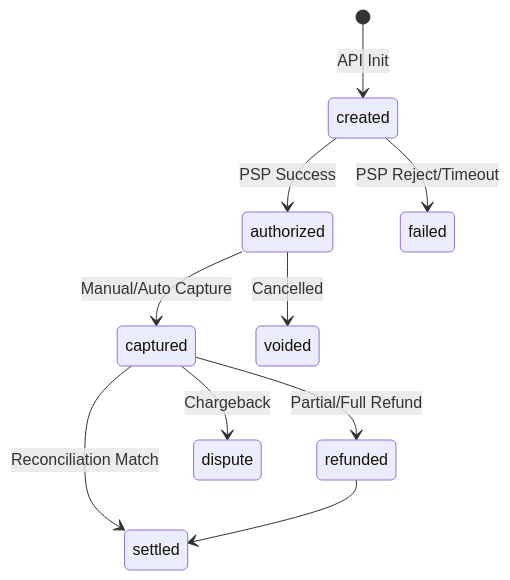
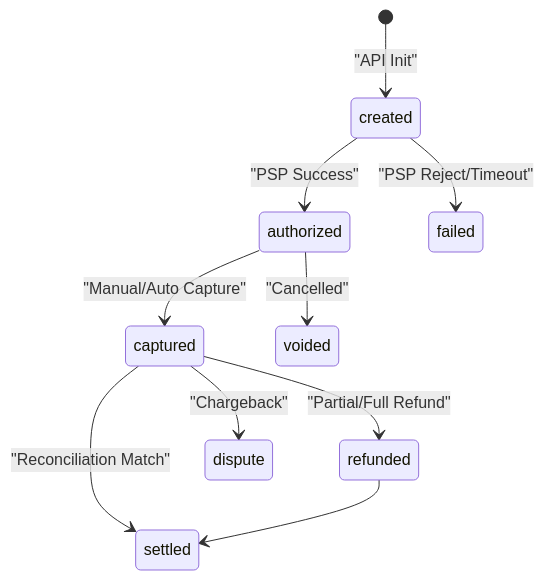
Before and after one commit to Slambot01/resilient-settlement-orchestrator: the third of 3 diagrams in README.md, drawn with Mermaid. The commit also changed other lines of this file, not shown here.

Commit message:
docs: Fix Mermaid diagram syntax and rendering

````diff
--- a/README.md
+++ b/README.md
@@ -81,15 +81,15 @@
 ```mermaid
 stateDiagram-v2
-    [*] --> created: API Init
-    created --> authorized: PSP Success
-    created --> failed: PSP Reject/Timeout
+    [*] --> created : "API Init"
+    created --> authorized : "PSP Success"
+    created --> failed : "PSP Reject/Timeout"
     
-    authorized --> captured: Manual/Auto Capture
-    authorized --> voided: Cancelled
+    authorized --> captured : "Manual/Auto Capture"
+    authorized --> voided : "Cancelled"
     
-    captured --> refunded: Partial/Full Refund
-    captured --> settled: Reconciliation Match
-    captured --> dispute: Chargeback
+    captured --> refunded : "Partial/Full Refund"
+    captured --> settled : "Reconciliation Match"
+    captured --> dispute : "Chargeback"
     
     refunded --> settled
 ```
````
